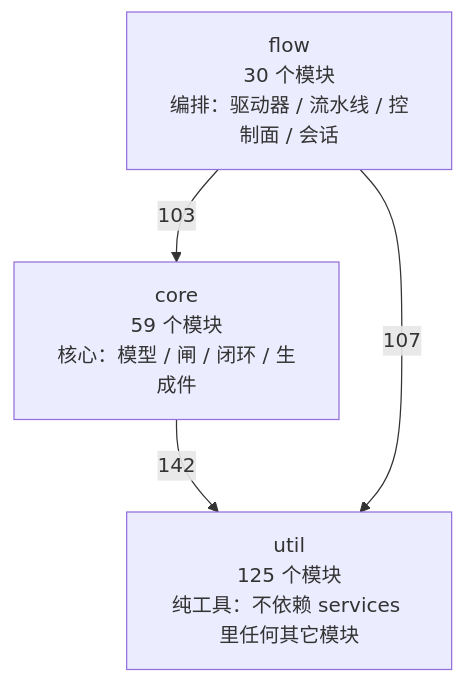
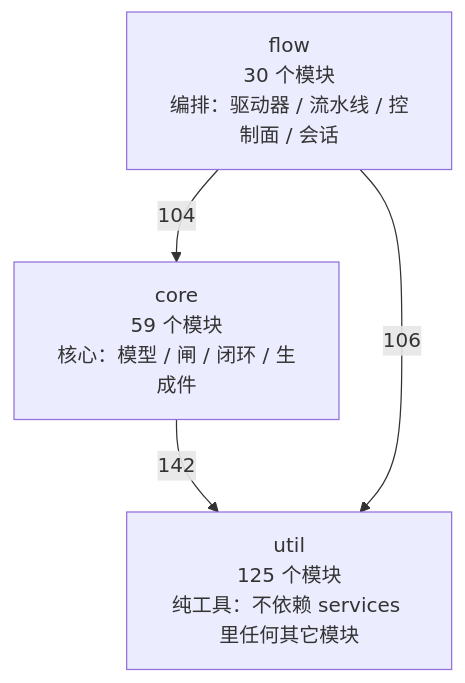
Before and after one commit to 2686521696/WhyBuddy: the first of 4 diagrams in docs/SlideRule V6.2 架构图（自动生成）.md, drawn with Mermaid. The commit also changed other lines of this file and 21 other files, not shown here.

First line of the commit message:
显式意图不许被 hop 关键词劫持；叙述由产出决定。

````diff
--- a/docs/SlideRule V6.2 架构图（自动生成）.md
+++ b/docs/SlideRule V6.2 架构图（自动生成）.md
@@ -48,9 +48,9 @@
 ```mermaid
 flowchart TB
   util["util<br/>125 个模块<br/>纯工具：不依赖 services 里任何其它模块"]
   core["core<br/>59 个模块<br/>核心：模型 / 闸 / 闭环 / 生成件"]
   flow["flow<br/>30 个模块<br/>编排：驱动器 / 流水线 / 控制面 / 会话"]
   core -->|142| util
-  flow -->|103| core
-  flow -->|107| util
+  flow -->|104| core
+  flow -->|106| util
 ```
````
